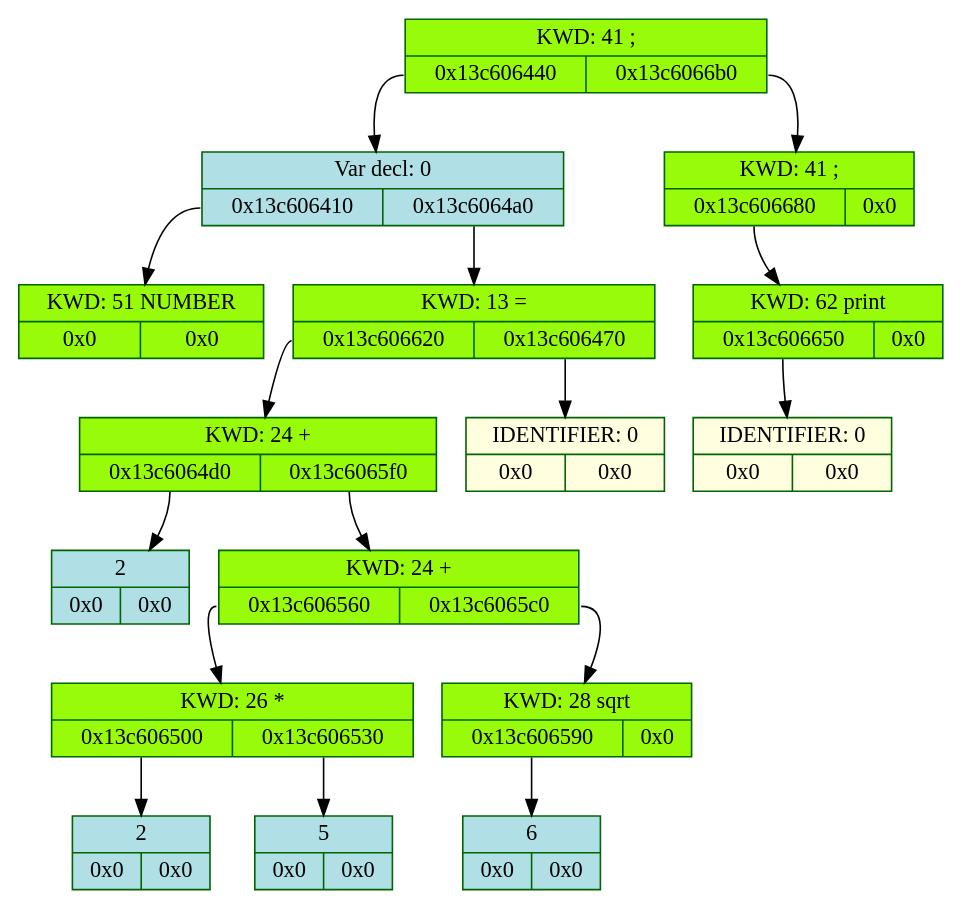
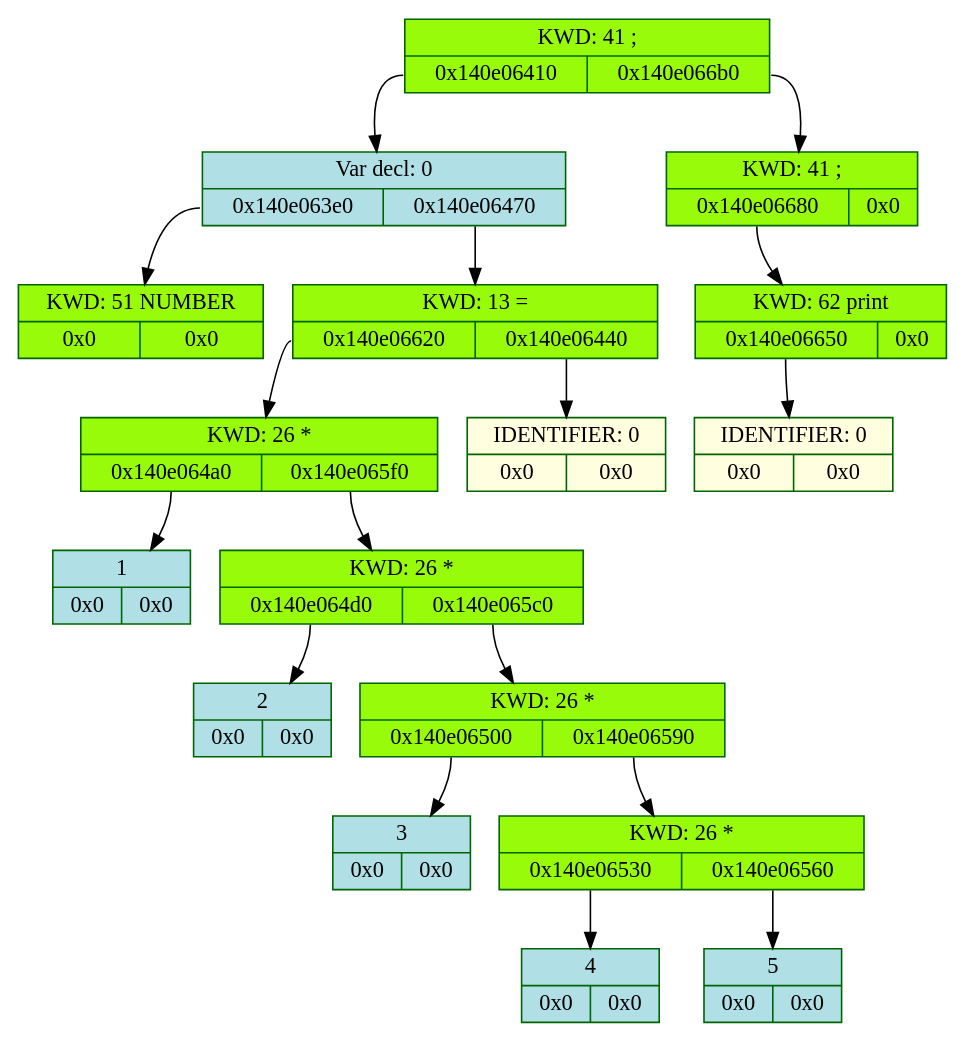
Before and after one commit to whiterno/my_lang: the diagram in frontend/log/dump.dot, drawn with Graphviz. The commit also changed 24 other files, not shown here.

```diff
--- a/frontend/log/dump.dot
+++ b/frontend/log/dump.dot
@@ -1,35 +1,37 @@
 digraph D{
 	rankdir = TB
 
-	node_5307918048 [color = "darkgreen", style = "filled", shape = "record", fillcolor = "#98FB9" label = "{KWD: 41 ;  | {<fl5307918048> 0x13c606440 | <fr5307918048> 0x13c6066b0}}"]
-	node_5307918048: <fl5307918048> -> node_5307917376 [color = "black", arrowhead = "normal", label = ""]
-	node_5307917376 [color = "darkgreen", style = "filled", shape = "record", fillcolor = "#B0E0E6" label = "{Var decl: 0 | {<fl5307917376> 0x13c606410 | <fr5307917376> 0x13c6064a0}}"]
-	node_5307917376: <fl5307917376> -> node_5307917328 [color = "black", arrowhead = "normal", label = ""]
-	node_5307917328 [color = "darkgreen", style = "filled", shape = "record", fillcolor = "#98FB9" label = "{KWD: 51 NUMBER  | {<fl5307917328> 0x0 | <fr5307917328> 0x0}}"]
-	node_5307917376: <fr5307917376> -> node_5307917472 [color = "black", arrowhead = "normal", label = ""]
-	node_5307917472 [color = "darkgreen", style = "filled", shape = "record", fillcolor = "#98FB9" label = "{KWD: 13 =  | {<fl5307917472> 0x13c606620 | <fr5307917472> 0x13c606470}}"]
-	node_5307917472: <fl5307917472> -> node_5307917856 [color = "black", arrowhead = "normal", label = ""]
-	node_5307917856 [color = "darkgreen", style = "filled", shape = "record", fillcolor = "#98FB9" label = "{KWD: 24 +  | {<fl5307917856> 0x13c6064d0 | <fr5307917856> 0x13c6065f0}}"]
-	node_5307917856: <fl5307917856> -> node_5307917520 [color = "black", arrowhead = "normal", label = ""]
-	node_5307917520 [color = "darkgreen", style = "filled", shape = "record", fillcolor = "#B0E0E6" label = "{2  | {<fl5307917520> 0x0 | <fr5307917520> 0x0}}"]
-	node_5307917856: <fr5307917856> -> node_5307917808 [color = "black", arrowhead = "normal", label = ""]
-	node_5307917808 [color = "darkgreen", style = "filled", shape = "record", fillcolor = "#98FB9" label = "{KWD: 24 +  | {<fl5307917808> 0x13c606560 | <fr5307917808> 0x13c6065c0}}"]
-	node_5307917808: <fl5307917808> -> node_5307917664 [color = "black", arrowhead = "normal", label = ""]
-	node_5307917664 [color = "darkgreen", style = "filled", shape = "record", fillcolor = "#98FB9" label = "{KWD: 26 *  | {<fl5307917664> 0x13c606500 | <fr5307917664> 0x13c606530}}"]
-	node_5307917664: <fl5307917664> -> node_5307917568 [color = "black", arrowhead = "normal", label = ""]
-	node_5307917568 [color = "darkgreen", style = "filled", shape = "record", fillcolor = "#B0E0E6" label = "{2  | {<fl5307917568> 0x0 | <fr5307917568> 0x0}}"]
-	node_5307917664: <fr5307917664> -> node_5307917616 [color = "black", arrowhead = "normal", label = ""]
-	node_5307917616 [color = "darkgreen", style = "filled", shape = "record", fillcolor = "#B0E0E6" label = "{5  | {<fl5307917616> 0x0 | <fr5307917616> 0x0}}"]
-	node_5307917808: <fr5307917808> -> node_5307917760 [color = "black", arrowhead = "normal", label = ""]
-	node_5307917760 [color = "darkgreen", style = "filled", shape = "record", fillcolor = "#98FB9" label = "{KWD: 28 sqrt  | {<fl5307917760> 0x13c606590 | <fr5307917760> 0x0}}"]
-	node_5307917760: <fl5307917760> -> node_5307917712 [color = "black", arrowhead = "normal", label = ""]
-	node_5307917712 [color = "darkgreen", style = "filled", shape = "record", fillcolor = "#B0E0E6" label = "{6  | {<fl5307917712> 0x0 | <fr5307917712> 0x0}}"]
-	node_5307917472: <fr5307917472> -> node_5307917424 [color = "black", arrowhead = "normal", label = ""]
-	node_5307917424 [color = "darkgreen", style = "filled", shape = "record", fillcolor = "#FFFFE0" label = "{IDENTIFIER: 0 | {<fl5307917424> 0x0 | <fr5307917424> 0x0}}"]
-	node_5307918048: <fr5307918048> -> node_5307918000 [color = "black", arrowhead = "normal", label = ""]
-	node_5307918000 [color = "darkgreen", style = "filled", shape = "record", fillcolor = "#98FB9" label = "{KWD: 41 ;  | {<fl5307918000> 0x13c606680 | <fr5307918000> 0x0}}"]
-	node_5307918000: <fl5307918000> -> node_5307917952 [color = "black", arrowhead = "normal", label = ""]
-	node_5307917952 [color = "darkgreen", style = "filled", shape = "record", fillcolor = "#98FB9" label = "{KWD: 62 print  | {<fl5307917952> 0x13c606650 | <fr5307917952> 0x0}}"]
-	node_5307917952: <fl5307917952> -> node_5307917904 [color = "black", arrowhead = "normal", label = ""]
-	node_5307917904 [color = "darkgreen", style = "filled", shape = "record", fillcolor = "#FFFFE0" label = "{IDENTIFIER: 0 | {<fl5307917904> 0x0 | <fr5307917904> 0x0}}"]
+	node_5383415520 [color = "darkgreen", style = "filled", shape = "record", fillcolor = "#98FB9" label = "{KWD: 41 ;  | {<fl5383415520> 0x140e06410 | <fr5383415520> 0x140e066b0}}"]
+	node_5383415520: <fl5383415520> -> node_5383414800 [color = "black", arrowhead = "normal", label = ""]
+	node_5383414800 [color = "darkgreen", style = "filled", shape = "record", fillcolor = "#B0E0E6" label = "{Var decl: 0 | {<fl5383414800> 0x140e063e0 | <fr5383414800> 0x140e06470}}"]
+	node_5383414800: <fl5383414800> -> node_5383414752 [color = "black", arrowhead = "normal", label = ""]
+	node_5383414752 [color = "darkgreen", style = "filled", shape = "record", fillcolor = "#98FB9" label = "{KWD: 51 NUMBER  | {<fl5383414752> 0x0 | <fr5383414752> 0x0}}"]
+	node_5383414800: <fr5383414800> -> node_5383414896 [color = "black", arrowhead = "normal", label = ""]
+	node_5383414896 [color = "darkgreen", style = "filled", shape = "record", fillcolor = "#98FB9" label = "{KWD: 13 =  | {<fl5383414896> 0x140e06620 | <fr5383414896> 0x140e06440}}"]
+	node_5383414896: <fl5383414896> -> node_5383415328 [color = "black", arrowhead = "normal", label = ""]
+	node_5383415328 [color = "darkgreen", style = "filled", shape = "record", fillcolor = "#98FB9" label = "{KWD: 26 *  | {<fl5383415328> 0x140e064a0 | <fr5383415328> 0x140e065f0}}"]
+	node_5383415328: <fl5383415328> -> node_5383414944 [color = "black", arrowhead = "normal", label = ""]
+	node_5383414944 [color = "darkgreen", style = "filled", shape = "record", fillcolor = "#B0E0E6" label = "{1  | {<fl5383414944> 0x0 | <fr5383414944> 0x0}}"]
+	node_5383415328: <fr5383415328> -> node_5383415280 [color = "black", arrowhead = "normal", label = ""]
+	node_5383415280 [color = "darkgreen", style = "filled", shape = "record", fillcolor = "#98FB9" label = "{KWD: 26 *  | {<fl5383415280> 0x140e064d0 | <fr5383415280> 0x140e065c0}}"]
+	node_5383415280: <fl5383415280> -> node_5383414992 [color = "black", arrowhead = "normal", label = ""]
+	node_5383414992 [color = "darkgreen", style = "filled", shape = "record", fillcolor = "#B0E0E6" label = "{2  | {<fl5383414992> 0x0 | <fr5383414992> 0x0}}"]
+	node_5383415280: <fr5383415280> -> node_5383415232 [color = "black", arrowhead = "normal", label = ""]
+	node_5383415232 [color = "darkgreen", style = "filled", shape = "record", fillcolor = "#98FB9" label = "{KWD: 26 *  | {<fl5383415232> 0x140e06500 | <fr5383415232> 0x140e06590}}"]
+	node_5383415232: <fl5383415232> -> node_5383415040 [color = "black", arrowhead = "normal", label = ""]
+	node_5383415040 [color = "darkgreen", style = "filled", shape = "record", fillcolor = "#B0E0E6" label = "{3  | {<fl5383415040> 0x0 | <fr5383415040> 0x0}}"]
+	node_5383415232: <fr5383415232> -> node_5383415184 [color = "black", arrowhead = "normal", label = ""]
+	node_5383415184 [color = "darkgreen", style = "filled", shape = "record", fillcolor = "#98FB9" label = "{KWD: 26 *  | {<fl5383415184> 0x140e06530 | <fr5383415184> 0x140e06560}}"]
+	node_5383415184: <fl5383415184> -> node_5383415088 [color = "black", arrowhead = "normal", label = ""]
+	node_5383415088 [color = "darkgreen", style = "filled", shape = "record", fillcolor = "#B0E0E6" label = "{4  | {<fl5383415088> 0x0 | <fr5383415088> 0x0}}"]
+	node_5383415184: <fr5383415184> -> node_5383415136 [color = "black", arrowhead = "normal", label = ""]
+	node_5383415136 [color = "darkgreen", style = "filled", shape = "record", fillcolor = "#B0E0E6" label = "{5  | {<fl5383415136> 0x0 | <fr5383415136> 0x0}}"]
+	node_5383414896: <fr5383414896> -> node_5383414848 [color = "black", arrowhead = "normal", label = ""]
+	node_5383414848 [color = "darkgreen", style = "filled", shape = "record", fillcolor = "#FFFFE0" label = "{IDENTIFIER: 0 | {<fl5383414848> 0x0 | <fr5383414848> 0x0}}"]
+	node_5383415520: <fr5383415520> -> node_5383415472 [color = "black", arrowhead = "normal", label = ""]
+	node_5383415472 [color = "darkgreen", style = "filled", shape = "record", fillcolor = "#98FB9" label = "{KWD: 41 ;  | {<fl5383415472> 0x140e06680 | <fr5383415472> 0x0}}"]
+	node_5383415472: <fl5383415472> -> node_5383415424 [color = "black", arrowhead = "normal", label = ""]
+	node_5383415424 [color = "darkgreen", style = "filled", shape = "record", fillcolor = "#98FB9" label = "{KWD: 62 print  | {<fl5383415424> 0x140e06650 | <fr5383415424> 0x0}}"]
+	node_5383415424: <fl5383415424> -> node_5383415376 [color = "black", arrowhead = "normal", label = ""]
+	node_5383415376 [color = "darkgreen", style = "filled", shape = "record", fillcolor = "#FFFFE0" label = "{IDENTIFIER: 0 | {<fl5383415376> 0x0 | <fr5383415376> 0x0}}"]
 }
```
